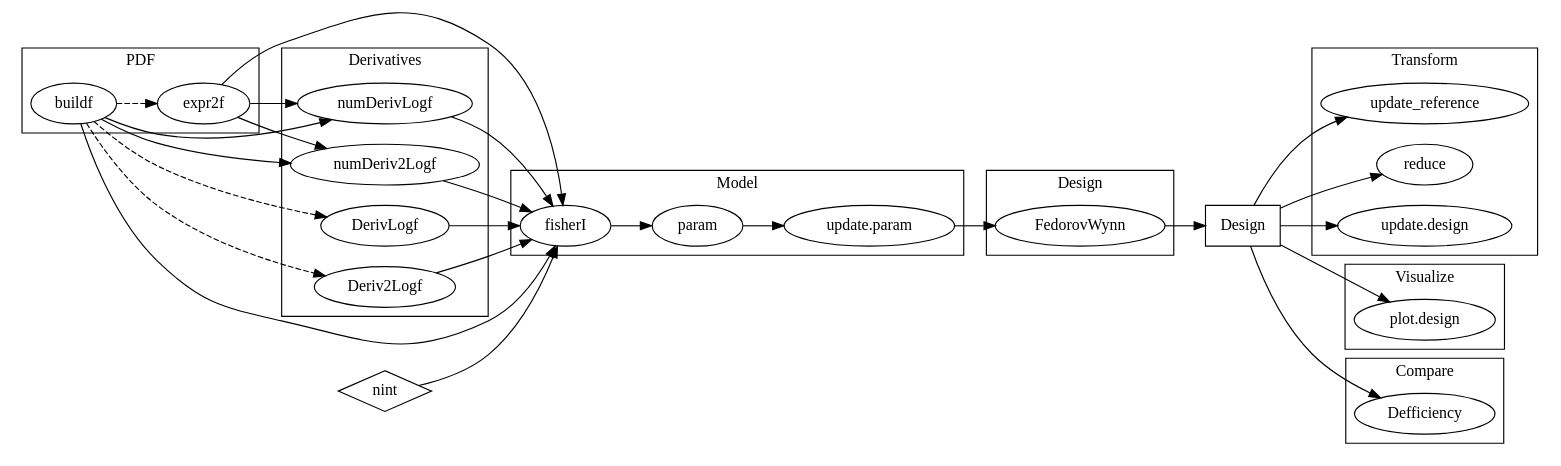
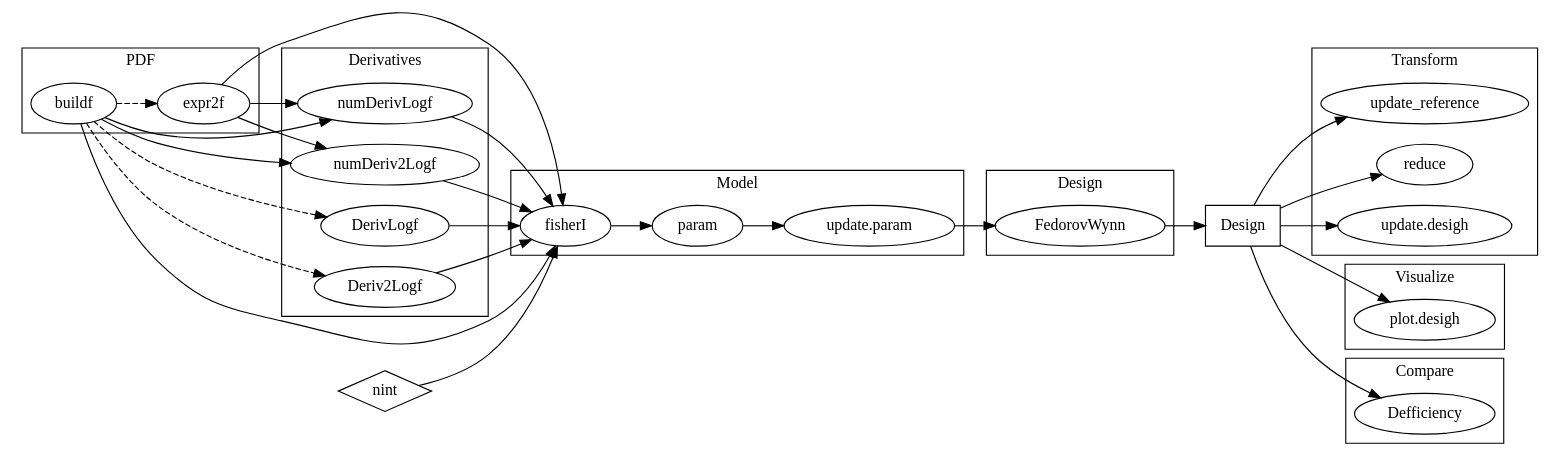
Before and after one commit to arappold/docopulae: the diagram in misc/workflow.dot, drawn with Graphviz. The commit also changed 18 other files, not shown here.

```diff
--- a/misc/workflow.dot
+++ b/misc/workflow.dot
@@ -1,87 +1,87 @@
 digraph {
     rankdir = LR;
 
     subgraph cluster_buildPDF {
         label = "PDF";
         fontname = bold;
         buildf -> expr2f [style=dashed];
     }
 
     subgraph cluster_deriv {
         label = "Derivatives";
         fontname = bold;
         rank = same;
         numDerivLogf;
         numDeriv2Logf;
         DerivLogf;
         Deriv2Logf;
     }
 
     buildf -> numDerivLogf;
     buildf -> numDeriv2Logf;
     expr2f -> numDerivLogf;
     expr2f -> numDeriv2Logf;
     buildf -> DerivLogf [style=dashed];
     buildf -> Deriv2Logf [style=dashed];
 
     nint [shape=diamond];
 
     subgraph cluster_model {
         label = "Model";
         fontname = bold;
         fisherI -> param -> "update.param";
     }
 
     buildf -> fisherI;
     expr2f -> fisherI;
     numDerivLogf -> fisherI;
     numDeriv2Logf -> fisherI;
     DerivLogf -> fisherI;
     Deriv2Logf -> fisherI;
     nint -> fisherI;
 
     Design [shape=box];
 
     subgraph cluster_design {
         label = "Design";
         fontname = bold;
         FedorovWynn;
     }
 
     "update.param" -> FedorovWynn;
     FedorovWynn -> Design;
 
     subgraph cluster_transform {
         label = "Transform";
         fontname = bold;
         reduce;
-        "update.design";
+        "update.desigh";
         update_reference;
     }
 
-    Design -> {reduce; "update.design", update_reference};
+    Design -> {reduce; "update.desigh", update_reference};
 
     subgraph cluster_visualize {
         label = "Visualize";
         fontname = bold;
-        "plot.design";
+        "plot.desigh";
     }
 
-    Design -> "plot.design";
+    Design -> "plot.desigh";
 
     subgraph cluster_compare {
         label = "Compare";
         fontname = bold;
         Defficiency;
     }
 
     Design -> Defficiency;
 
     //subgraph cluster_helper {
         //integrateA;
         //rowmatch;
         //roworder;
         //seq1;
         //getM;
     //}
 }
```
